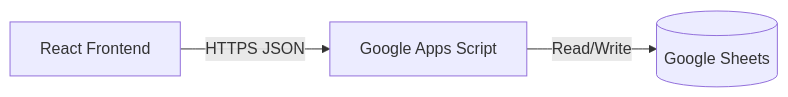
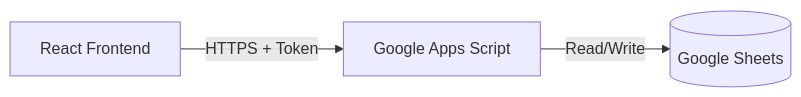
Before and after one commit to johnwesleyquintero/WesLedger: the diagram in README.md, drawn with Mermaid. The commit also changed other lines of this file and 4 other files, not shown here.

````diff
--- a/README.md
+++ b/README.md
@@ -20,5 +20,5 @@
 ```mermaid
 graph LR
-    A[React Frontend] -- HTTPS JSON --> B[Google Apps Script]
+    A[React Frontend] -- HTTPS + Token --> B[Google Apps Script]
     B -- Read/Write --> C[(Google Sheets)]
 ```
````
